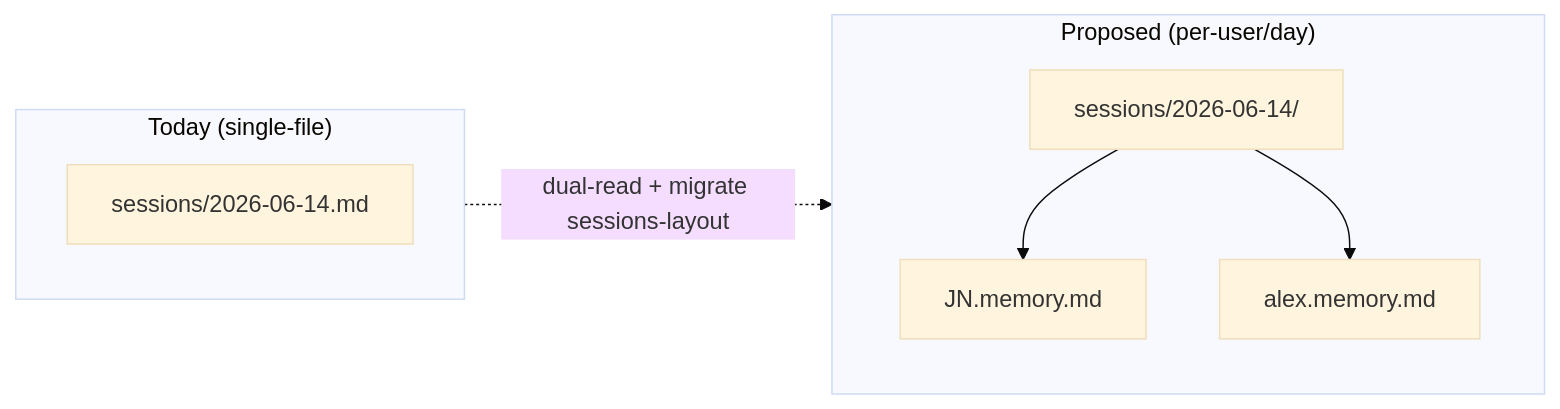
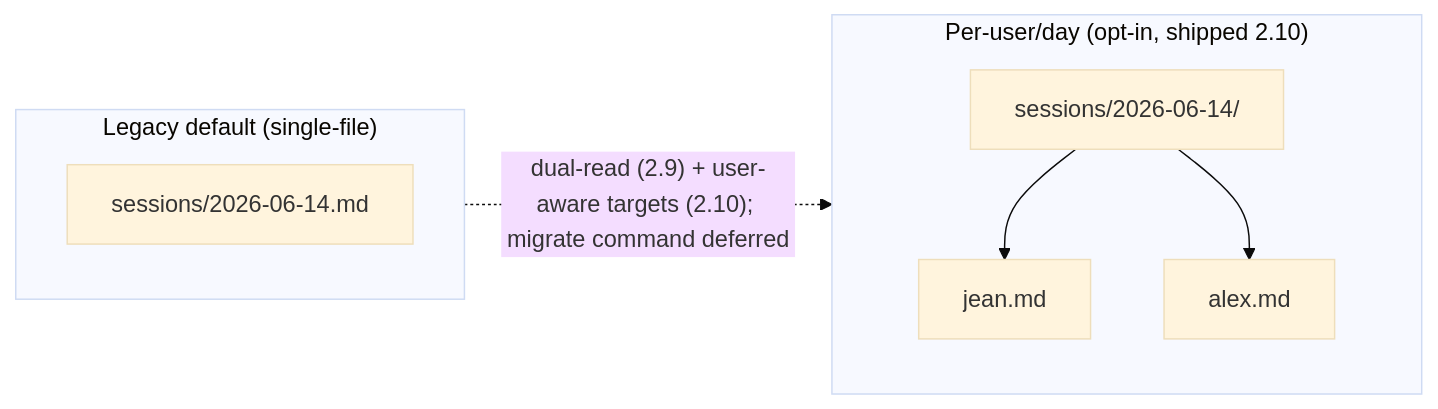
Before and after one commit to jnl-tshi/memory-seed: the seventh of 8 diagrams in docs/functionality-audit.md, drawn with Mermaid (base theme). The commit also changed other lines of this file and 1 other file, not shown here.

````diff
--- a/docs/functionality-audit.md
+++ b/docs/functionality-audit.md
@@ -345,12 +352,12 @@
   ```mermaid
   flowchart LR
-    subgraph now["Today (single-file)"]
+    subgraph now["Legacy default (single-file)"]
       A["sessions/2026-06-14.md"]
     end
-    subgraph future["Proposed (per-user/day)"]
+    subgraph future["Per-user/day (opt-in, shipped 2.10)"]
       B["sessions/2026-06-14/"]
-      B --> B1["JN.memory.md"]
-      B --> B2["alex.memory.md"]
+      B --> B1["jean.md"]
+      B --> B2["alex.md"]
     end
-    now -. "dual-read + migrate sessions-layout" .-> future
+    now -. "dual-read (2.9) + user-aware targets (2.10); migrate command deferred" .-> future
   ```
````
